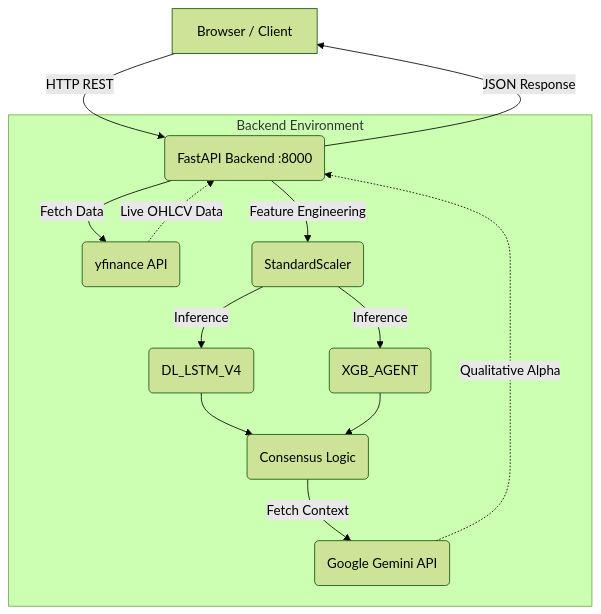
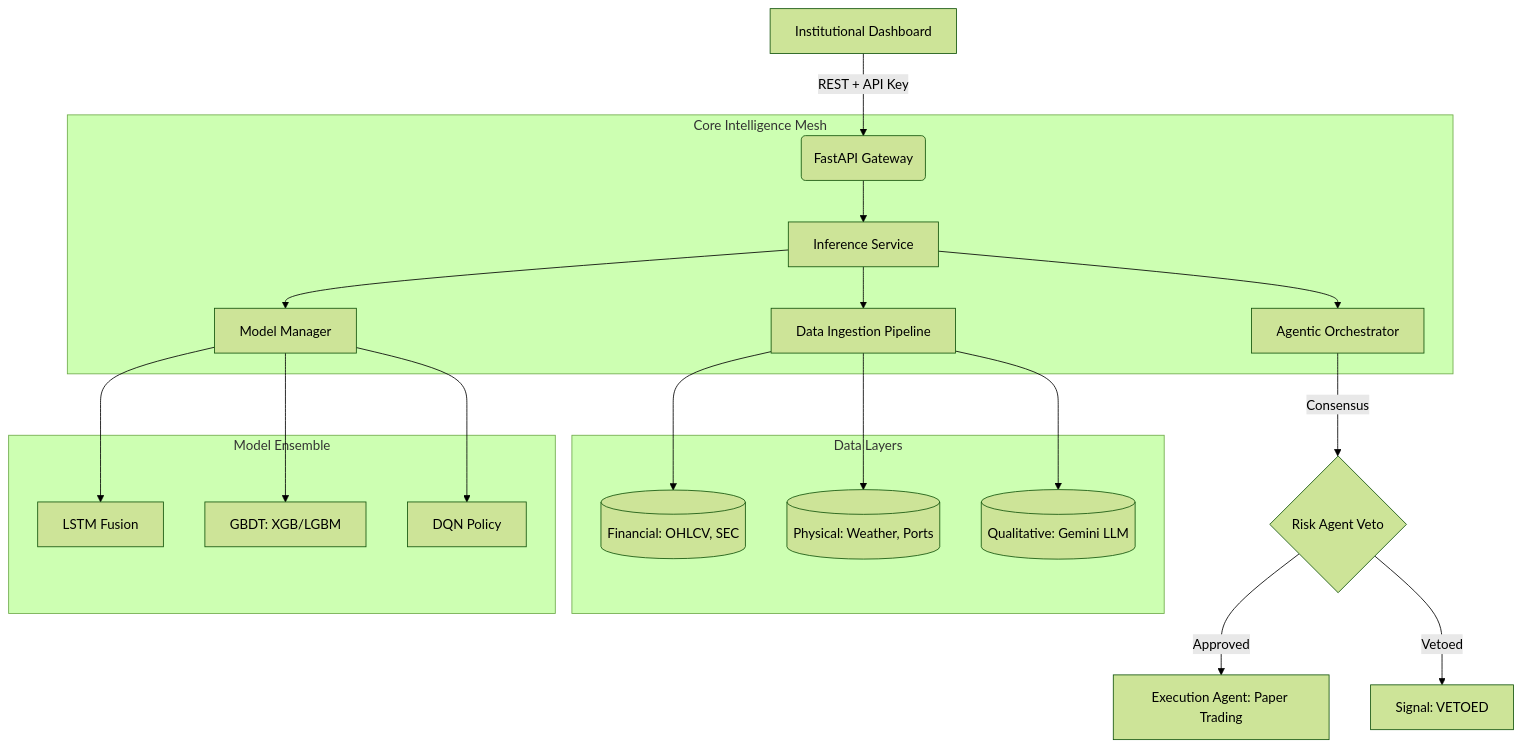
The diagram in docs/system_overview.md (dhruvin0041/quantitative-trading-platform), drawn with Mermaid (forest theme) before and after one commit. The commit also changed other lines of this file and 9 other files, not shown here.

Commit message:
docs: overhaul institutional documentation suite and add API reference

````diff
--- a/docs/system_overview.md
+++ b/docs/system_overview.md
@@ -26,18 +22,27 @@
 ```mermaid
 graph TD
-    A[Browser / Client] -->|HTTP REST| B(FastAPI Backend :8000)
+    A[Institutional Dashboard] -->|REST + API Key| B(FastAPI Gateway)
     
-    subgraph Backend [Backend Environment]
-        B -->|Fetch Data| C(yfinance API)
-        B -->|Feature Engineering| D(StandardScaler)
-        D -->|Inference| E(DL_LSTM_V4)
-        D -->|Inference| F(XGB_AGENT)
-        E --> G(Consensus Logic)
-        F --> G
-        G -->|Fetch Context| H(Google Gemini API)
+    subgraph "Core Intelligence Mesh"
+        B --> C[Inference Service]
+        C --> D[Model Manager]
+        C --> E[Data Ingestion Pipeline]
+        C --> F[Agentic Orchestrator]
     end
-    
-    C -.->|Live OHLCV Data| B
-    H -.->|Qualitative Alpha| B
-    B -->|JSON Response| A
+
+    subgraph "Data Layers"
+        E --> G[(Financial: OHLCV, SEC)]
+        E --> H[(Physical: Weather, Ports)]
+        E --> I[(Qualitative: Gemini LLM)]
+    end
+
+    subgraph "Model Ensemble"
+        D --> J[LSTM Fusion]
+        D --> K[GBDT: XGB/LGBM]
+        D --> L[DQN Policy]
+    end
+
+    F -->|Consensus| M{Risk Agent Veto}
+    M -->|Approved| N[Execution Agent: Paper Trading]
+    M -->|Vetoed| O[Signal: VETOED]
 ```
````
